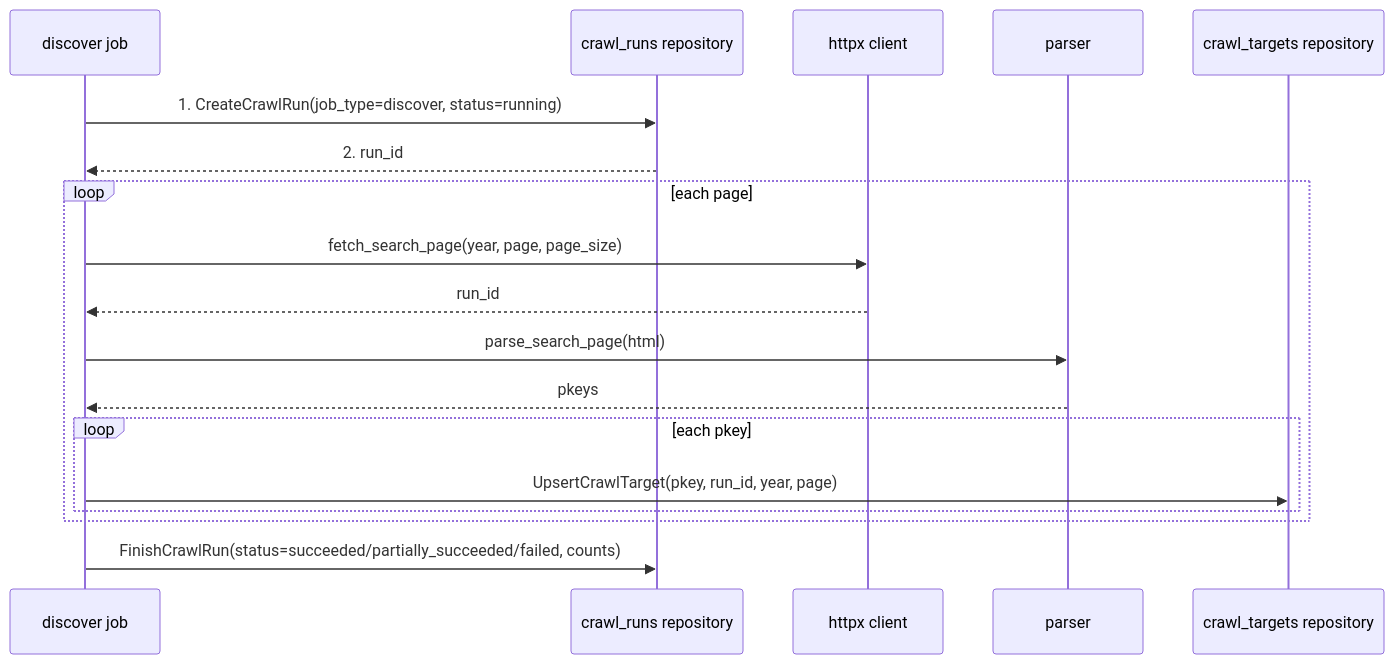
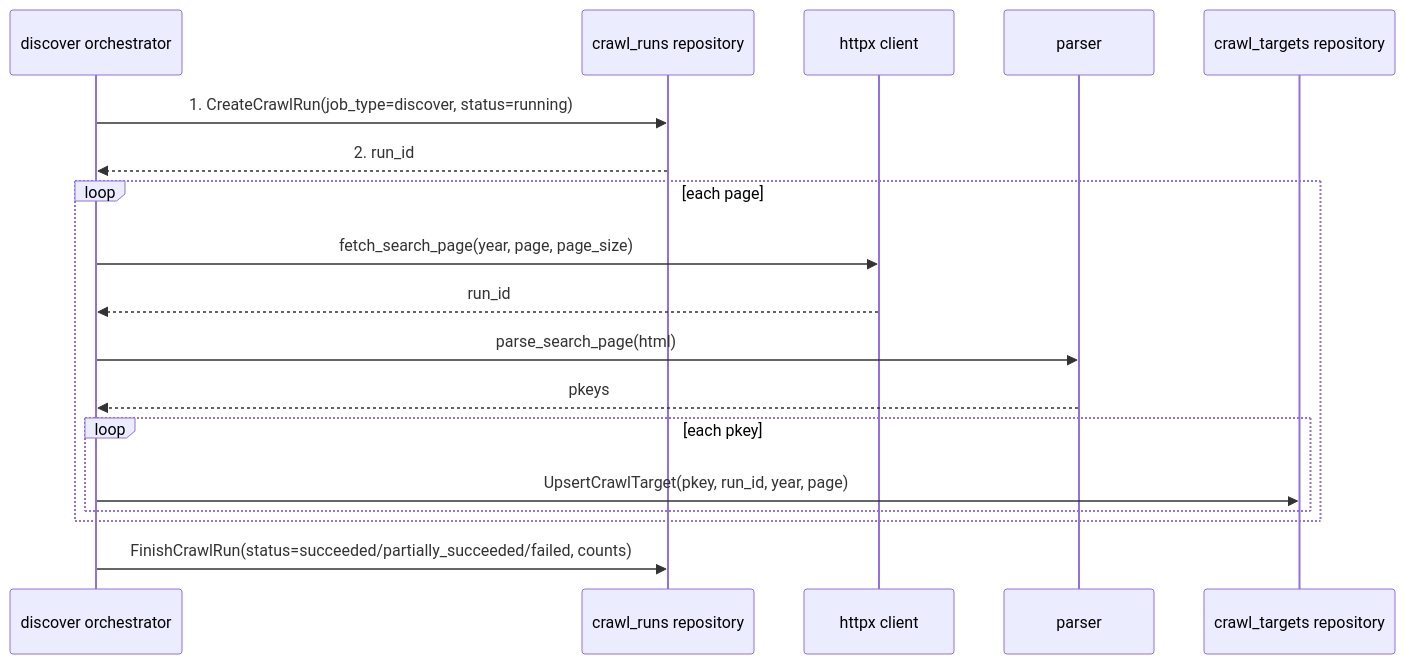
The second of 4 diagrams in docs/design/2026-06-07-syllabus-crawler.md (tsukuneA1/hoge), drawn with Mermaid before and after one commit. The commit also changed other lines of this file, not shown here.

Commit message:
feat(docs): complete sequencediagram

````diff
--- a/docs/design/2026-06-07-syllabus-crawler.md
+++ b/docs/design/2026-06-07-syllabus-crawler.md
@@ -156,25 +156,25 @@
 ```mermaid
 sequenceDiagram
-    participant Job as discover job
+    participant Job as discover orchestrator
     participant Runs as crawl_runs repository
     participant HTTP as httpx client
     participant Parser as parser
     participant Targets as crawl_targets repository
 
     Job->>Runs: 1. CreateCrawlRun(job_type=discover, status=running)
     Runs-->>Job: 2. run_id
 
     loop each page
         Job->>HTTP: fetch_search_page(year, page, page_size)
         HTTP-->>Job: run_id
 
         Job->>Parser: parse_search_page(html)
         Parser-->>Job: pkeys
 
         loop each pkey
             Job->>Targets: UpsertCrawlTarget(pkey, run_id, year, page)
         end
     end
 
     Job->>Runs: FinishCrawlRun(status=succeeded/partially_succeeded/failed, counts)
 ```
````
